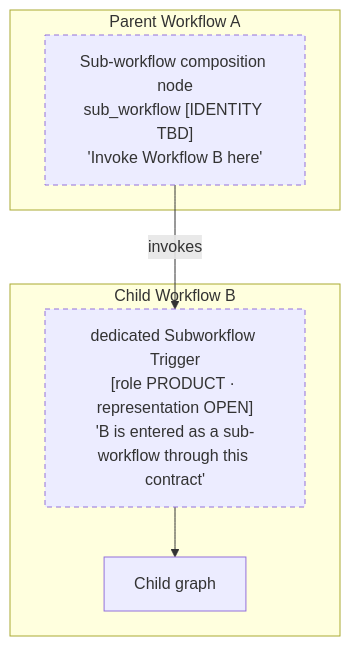
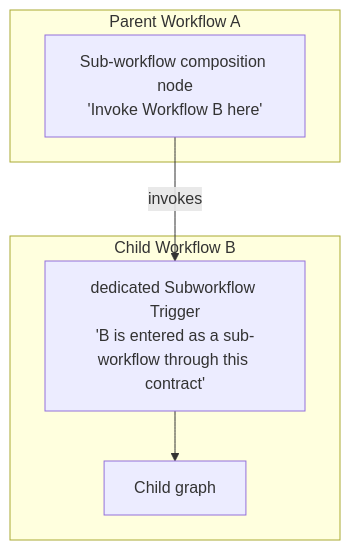
The first of 5 diagrams in backend/docs/workflow-engine/sub-workflow-node.md (rohitthakur2590/syntara), drawn with Mermaid before and after one commit. The commit also changed other lines of this file, not shown here.

````diff
--- a/backend/docs/workflow-engine/sub-workflow-node.md
+++ b/backend/docs/workflow-engine/sub-workflow-node.md
@@ -111,13 +18,11 @@
 ```mermaid
 graph TB
     subgraph A["Parent Workflow A"]
-        SWN["Sub-workflow composition node<br/>sub_workflow [IDENTITY TBD]<br/>'Invoke Workflow B here'"]
+        SWN["Sub-workflow composition node<br/>'Invoke Workflow B here'"]
     end
     subgraph B["Child Workflow B"]
-        ING["dedicated Subworkflow Trigger<br/>[role PRODUCT · representation OPEN]<br/>'B is entered as a sub-workflow through this contract'"]
+        ING["dedicated Subworkflow Trigger<br/>'B is entered as a sub-workflow through this contract'"]
         G["Child graph"]
     end
     SWN -->|invokes| ING --> G
-    classDef tbd stroke-dasharray:5 4
-    class SWN,ING tbd
 ```
````
